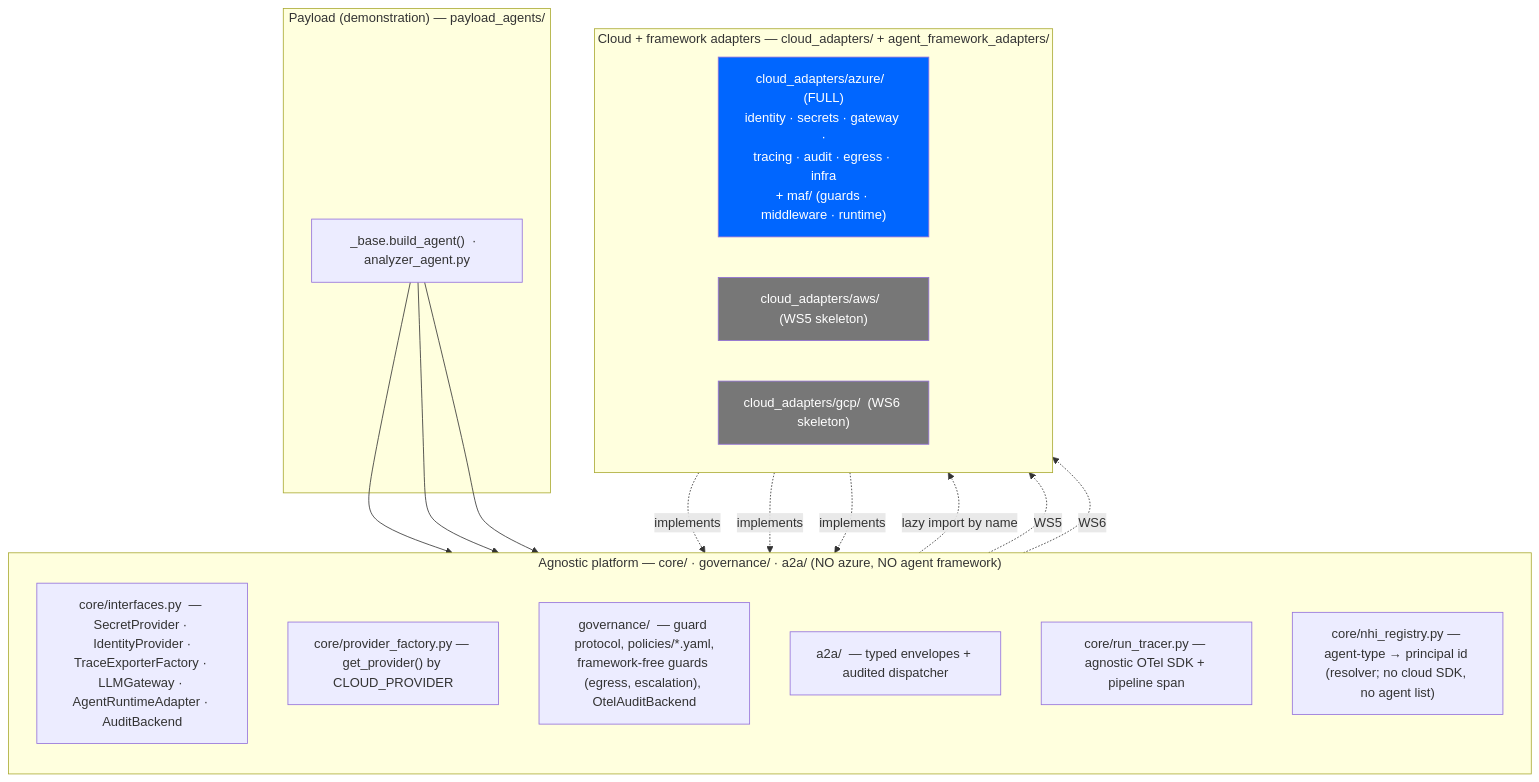
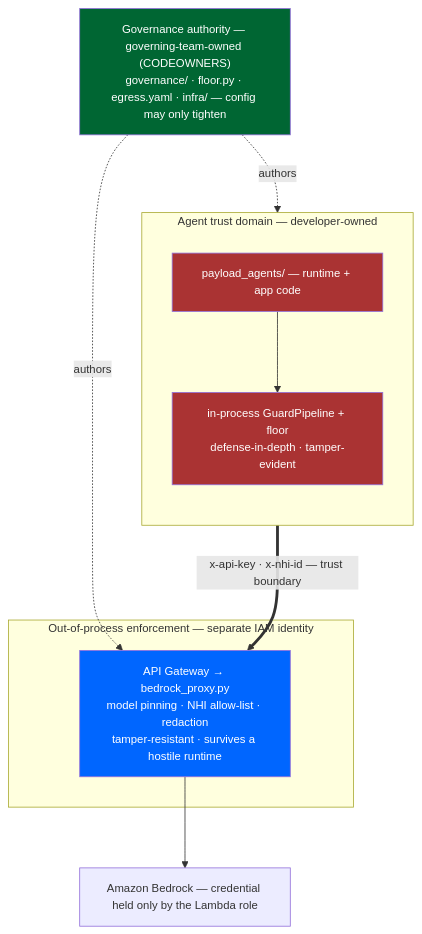
One commit to rlpatrao/agent-gov-sec changed the second of 3 diagrams in docs/architecture.md. Above: the diagram before and after it, drawn with Mermaid. The commit also changed other lines of this file and 56 other files, not shown here.

First line of the commit message:
refactor: move framework adapters into payload_agents/, add per-framework personas

````diff
--- a/docs/architecture.md
+++ b/docs/architecture.md
@@ -29,38 +275,30 @@
 ```mermaid
+%%{init: {"flowchart": {"nodeSpacing": 55, "rankSpacing": 75}, "themeVariables": {"fontSize": "14px"}}}%%
 flowchart TB
-  subgraph PAYLOAD["Payload (demonstration) — payload_agents/"]
-    Base["_base.build_agent()  ·  analyzer_agent.py"]
+  GOV["Governance authority — governing-team-owned (CODEOWNERS)<br/>governance/ · floor.py · egress.yaml · infra/ — config may only tighten"]
+
+  subgraph AGENT["Agent trust domain — developer-owned"]
+    direction TB
+    APP["payload_agents/ — runtime + app code"]
+    INPROC["in-process GuardPipeline + floor<br/>defense-in-depth · tamper-evident"]
+    APP --> INPROC
   end
 
-  subgraph CORE["Agnostic platform — core/ · governance/ · a2a/  (NO azure, NO agent framework)"]
-    direction TB
-    Seam["core/interfaces.py  — SecretProvider · IdentityProvider ·\nTraceExporterFactory · LLMGateway · AgentRuntimeAdapter · AuditBackend"]
-    Factory["core/provider_factory.py — get_provider() by CLOUD_PROVIDER"]
-    Gov["governance/  — guard protocol, policies/*.yaml,\nframework-free guards (egress, escalation), OtelAuditBackend"]
-    A2A["a2a/  — typed envelopes + audited dispatcher"]
-    Tracer["core/run_tracer.py — agnostic OTel SDK + pipeline span"]
-    NHI["core/nhi_registry.py — agent-type → principal id (resolver; no cloud SDK, no agent list)"]
+  subgraph ENF["Out-of-process enforcement — separate IAM identity"]
+    GW["API Gateway → bedrock_proxy.py<br/>model pinning · NHI allow-list · redaction<br/>tamper-resistant · survives a hostile runtime"]
   end
 
-  subgraph ADAPTERS["Cloud + framework adapters — cloud_adapters/ + agent_framework_adapters/"]
-    direction LR
-    AZ["cloud_adapters/azure/  (FULL)\nidentity · secrets · gateway ·\ntracing · audit · egress · infra\n+ maf/ (guards · middleware · runtime)"]
-    AWS["cloud_adapters/aws/  (WS5 skeleton)"]
-    GCP["cloud_adapters/gcp/  (WS6 skeleton)"]
-  end
+  AWS["Amazon Bedrock — credential held only by the Lambda role"]
 
-  Base --> Factory
-  Base --> Gov
-  Base --> A2A
-  Factory -. lazy import by name .-> AZ
-  Factory -. WS5 .-> AWS
-  Factory -. WS6 .-> GCP
-  AZ -.implements.-> Seam
-  AWS -.implements.-> Seam
-  GCP -.implements.-> Seam
+  GOV -. authors .-> INPROC
+  GOV -. authors .-> GW
+  INPROC ==>|"x-api-key · x-nhi-id — trust boundary"| GW
+  GW --> AWS
 
-  classDef azure fill:#06f,color:#fff
-  classDef stub fill:#777,color:#fff
-  class AZ azure
-  class AWS,GCP stub
+  classDef gov fill:#063,color:#fff
+  classDef agent fill:#a33,color:#fff
+  classDef proxy fill:#06f,color:#fff
+  class GOV gov
+  class APP,INPROC agent
+  class GW proxy
 ```
````
